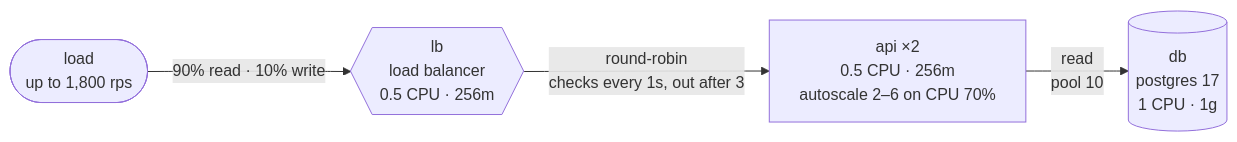
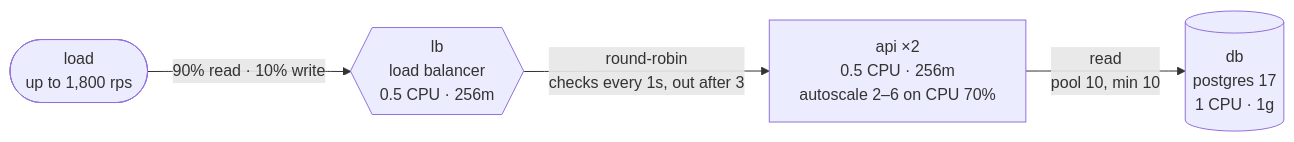
Before and after one commit to akinfemi/load-lore: the diagram in scenarios/featured-on-hacker-news/README.md, drawn with Mermaid. The commit also changed 25 other files, not shown here.

````diff
--- a/scenarios/featured-on-hacker-news/README.md
+++ b/scenarios/featured-on-hacker-news/README.md
@@ -9,10 +9,10 @@
 ```mermaid
 flowchart LR
     load(["load<br/>up to 1,800 rps"])
     lb{{"lb<br/>load balancer<br/>0.5 CPU · 256m"}}
     api["api ×2<br/>0.5 CPU · 256m<br/>autoscale 2–6 on CPU 70%"]
     db[("db<br/>postgres 17<br/>1 CPU · 1g")]
     load -->|"90% read · 10% write"| lb
     lb -->|"round-robin<br/>checks every 1s, out after 3"| api
-    api -->|"read<br/>pool 10"| db
+    api -->|"read<br/>pool 10, min 10"| db
 ```
````
